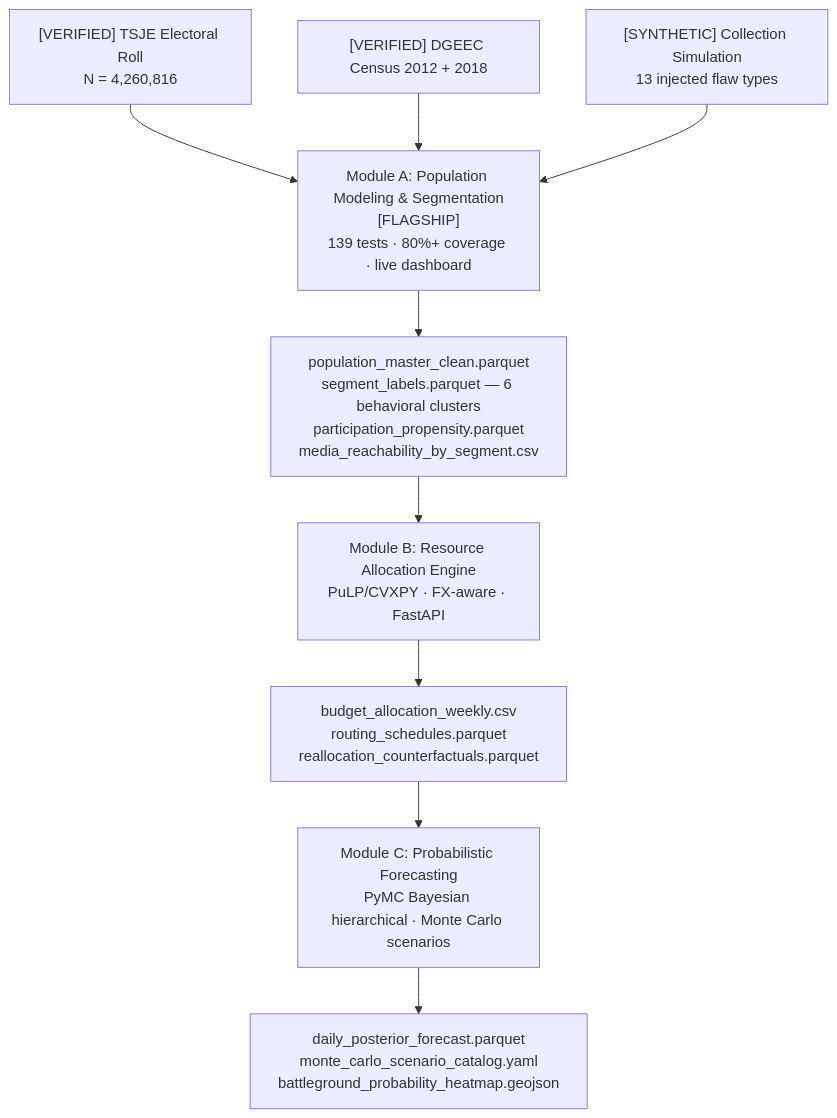
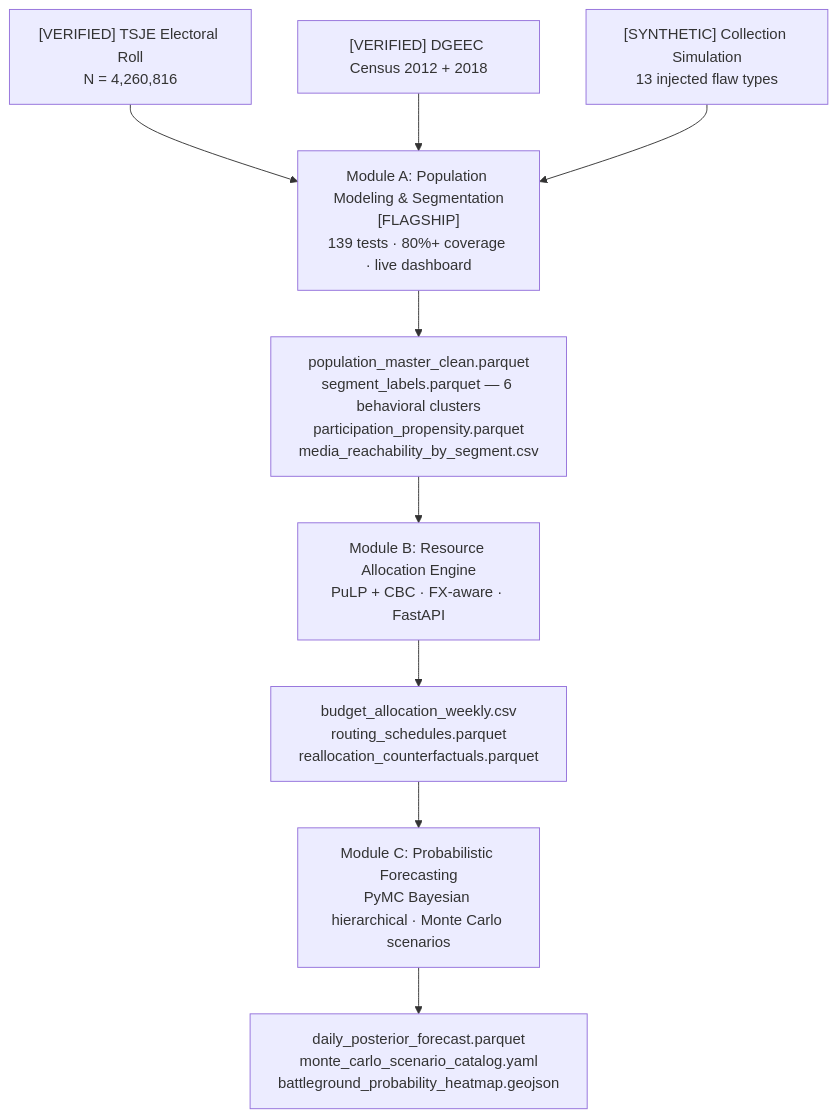
One commit to RafaelBraga-Kribitz/decision-analytics-reconstruction changed the diagram in README.md. Above: the diagram before and after it, drawn with Mermaid. The commit also changed other lines of this file and 76 other files, not shown here.

````diff
--- a/README.md
+++ b/README.md
@@ -71,22 +74,22 @@
 ```mermaid
 flowchart TD
     TSJE["[VERIFIED] TSJE Electoral Roll\nN = 4,260,816"]
     DGEEC["[VERIFIED] DGEEC Census 2012 + 2018"]
     SIM["[SYNTHETIC] Collection Simulation\n13 injected flaw types"]
 
     TSJE --> A
     DGEEC --> A
     SIM --> A
 
     A["Module A: Population Modeling & Segmentation\n[FLAGSHIP]\n139 tests · 80%+ coverage · live dashboard"]
 
     A --> AO["population_master_clean.parquet\nsegment_labels.parquet — 6 behavioral clusters\nparticipation_propensity.parquet\nmedia_reachability_by_segment.csv"]
 
-    AO --> B["Module B: Resource Allocation Engine\nPuLP/CVXPY · FX-aware · FastAPI"]
+    AO --> B["Module B: Resource Allocation Engine\nPuLP + CBC · FX-aware · FastAPI"]
 
     B --> BO["budget_allocation_weekly.csv\nrouting_schedules.parquet\nreallocation_counterfactuals.parquet"]
 
     BO --> C["Module C: Probabilistic Forecasting\nPyMC Bayesian hierarchical · Monte Carlo scenarios"]
 
     C --> CO["daily_posterior_forecast.parquet\nmonte_carlo_scenario_catalog.yaml\nbattleground_probability_heatmap.geojson"]
 ```
````
